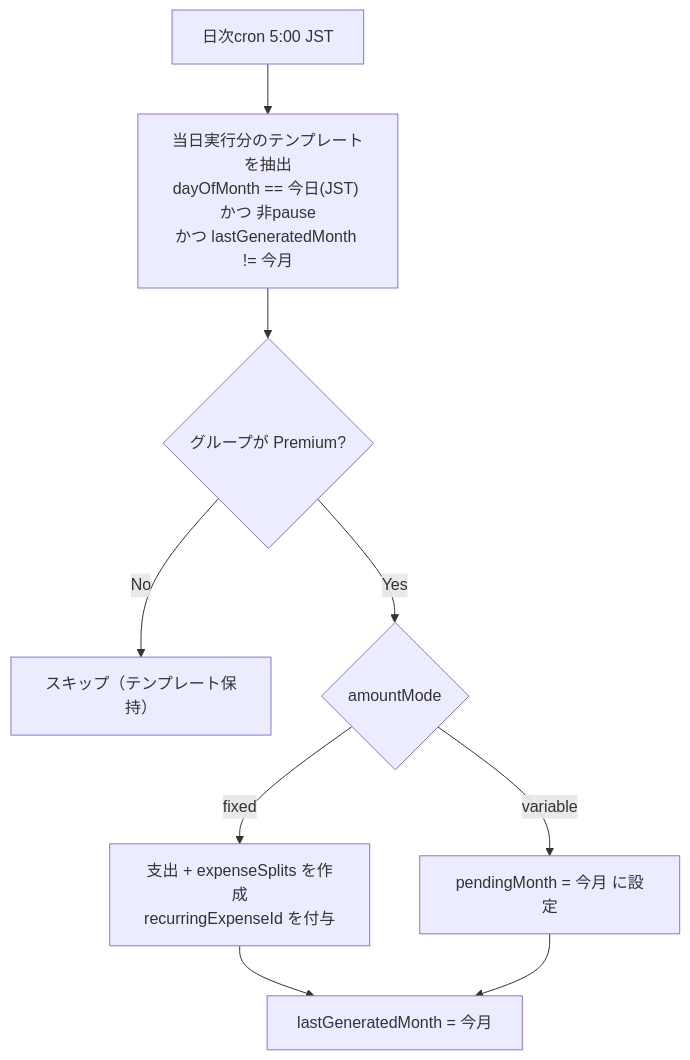
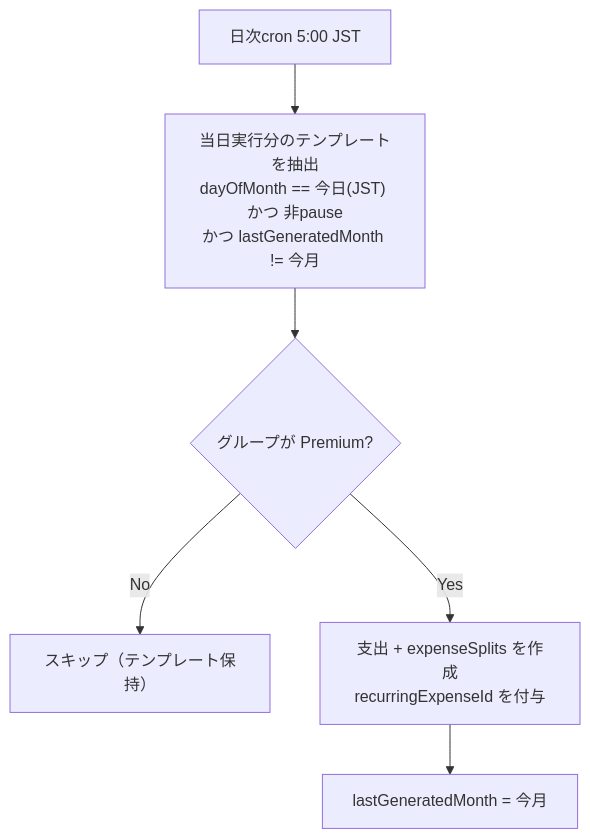
Before and after one commit to nakayamaryo0731/oaiko: the diagram in docs/design-recurring-expenses.md, drawn with Mermaid. The commit also changed other lines of this file and 11 other files, not shown here.

````diff
--- a/docs/design-recurring-expenses.md
+++ b/docs/design-recurring-expenses.md
@@ -92,11 +96,8 @@
 ```mermaid
 flowchart TD
     A["日次cron 5:00 JST"] --> B["当日実行分のテンプレートを抽出<br/>dayOfMonth == 今日(JST) かつ 非pause<br/>かつ lastGeneratedMonth != 今月"]
     B --> C{"グループが Premium?"}
     C -->|No| D["スキップ（テンプレート保持）"]
-    C -->|Yes| E{"amountMode"}
-    E -->|fixed| F["支出 + expenseSplits を作成<br/>recurringExpenseId を付与"]
-    E -->|variable| G["pendingMonth = 今月 に設定"]
-    F --> H["lastGeneratedMonth = 今月"]
-    G --> H
+    C -->|Yes| E["支出 + expenseSplits を作成<br/>recurringExpenseId を付与"]
+    E --> F["lastGeneratedMonth = 今月"]
 ```
````
